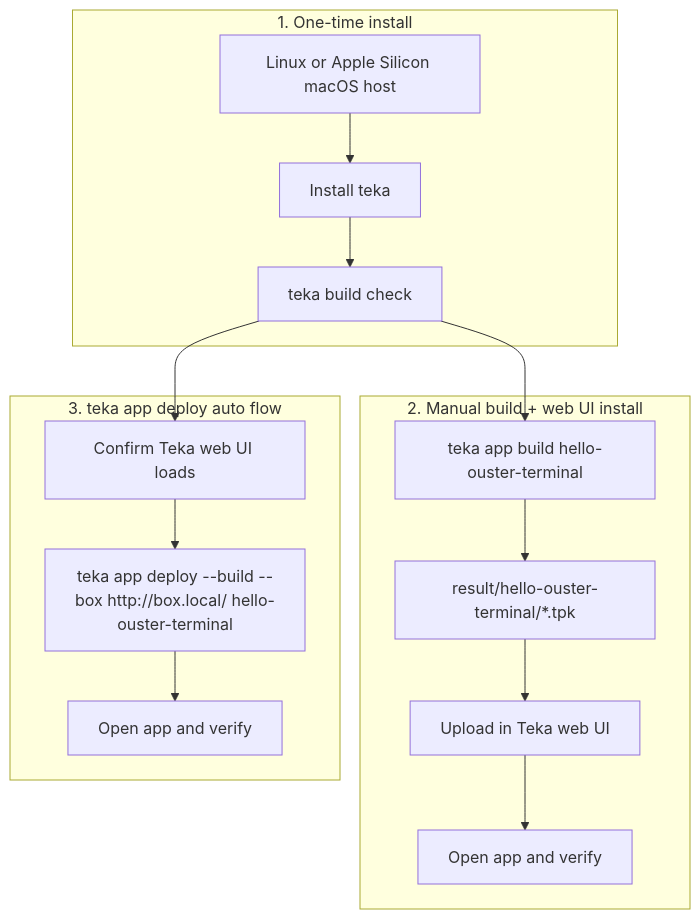
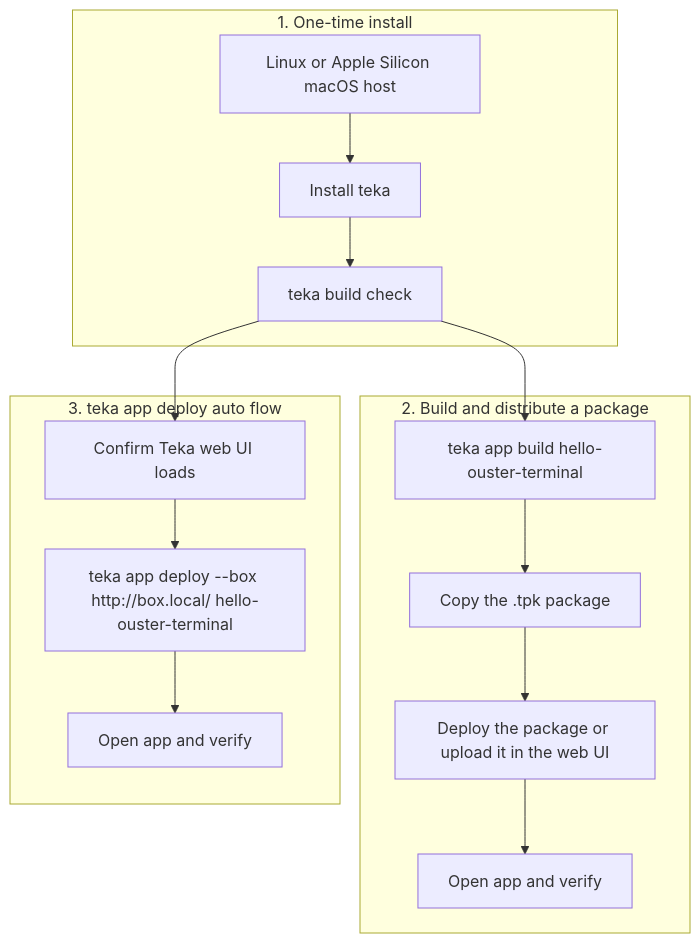
One commit to ouster-lidar/teka-sdk changed the diagram in docs/developer-guide.md. Above: the diagram before and after it, drawn with Mermaid. The commit also changed other lines of this file and 27 other files, not shown here.

````diff
--- a/docs/developer-guide.md
+++ b/docs/developer-guide.md
@@ -7,27 +7,27 @@
 ```mermaid
 flowchart TD
     subgraph setup [1. One-time install]
         A[Linux or Apple Silicon macOS host]
         B[Install teka]
         K[teka build check]
         A --> B --> K
     end
 
-    subgraph manual [2. Manual build + web UI install]
+    subgraph manual [2. Build and distribute a package]
         D[teka app build hello-ouster-terminal]
-        E[result/hello-ouster-terminal/*.tpk]
-        F[Upload in Teka web UI]
+        E[Copy the .tpk package]
+        F[Deploy the package or upload it in the web UI]
         G[Open app and verify]
         D --> E --> F --> G
     end
 
     subgraph auto [3. teka app deploy auto flow]
         H[Confirm Teka web UI loads]
-        I[teka app deploy --build --box http://box.local/ hello-ouster-terminal]
+        I[teka app deploy --box http://box.local/ hello-ouster-terminal]
         J[Open app and verify]
         H --> I --> J
     end
 
     K --> D
     K --> H
 ```
````
